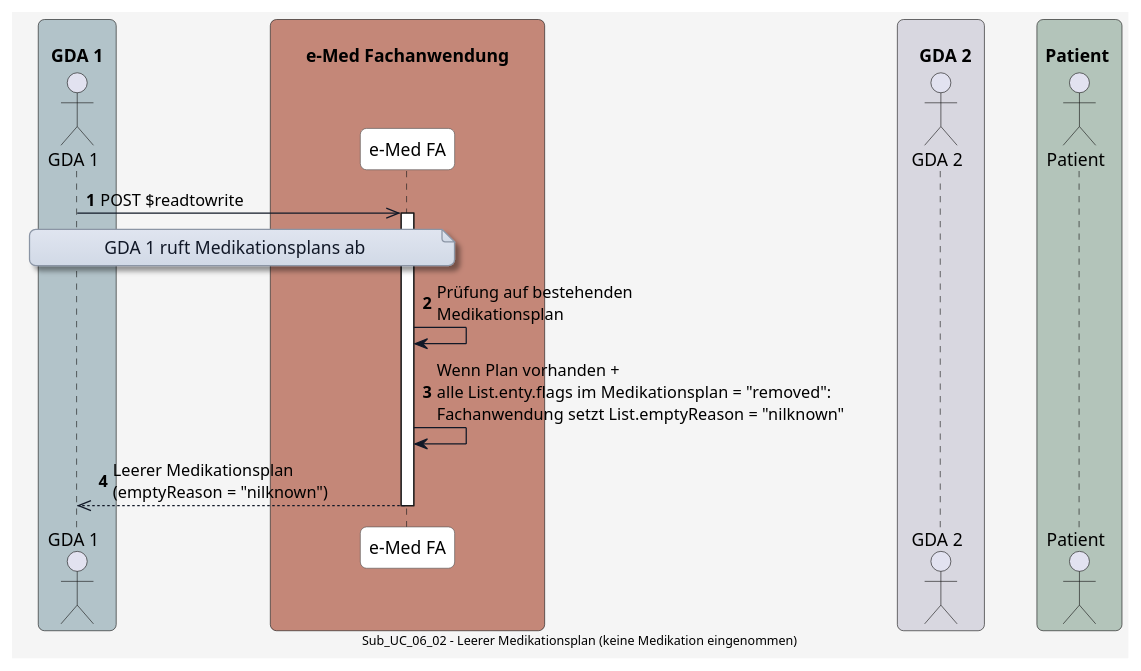
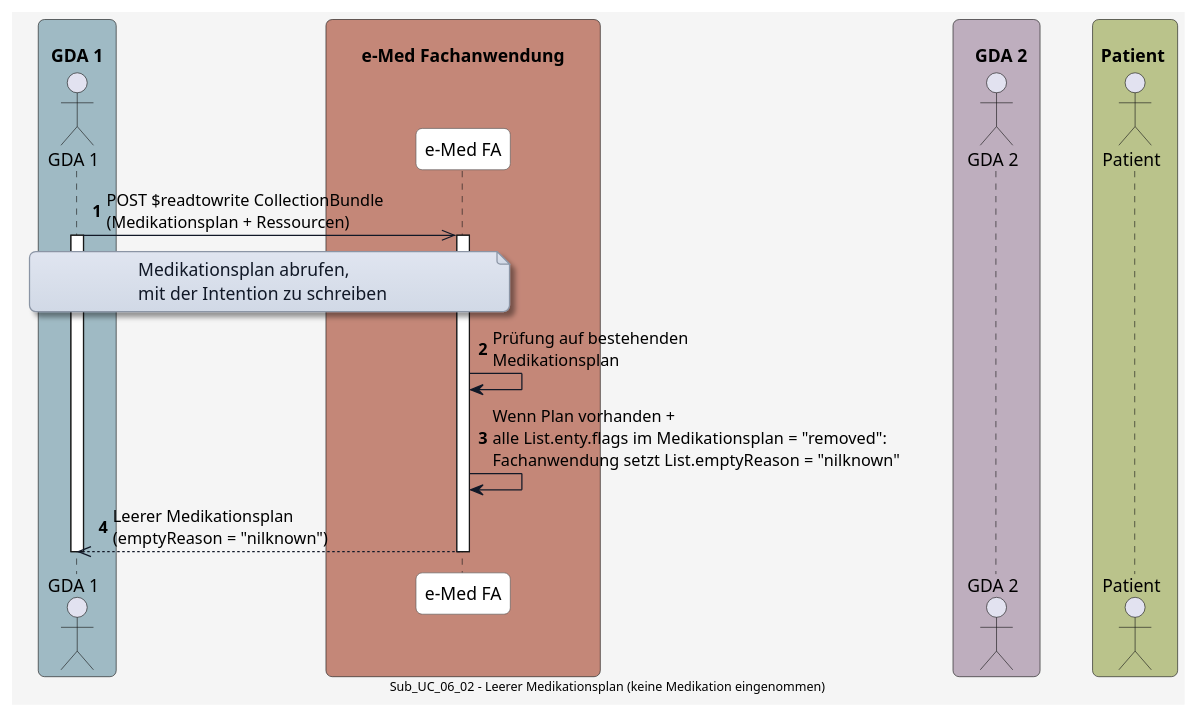
Before and after one commit to HL7Austria/ELGA-e-Medikation-R4: the diagram in input/images-source/UC_06_02.plantuml, drawn with PlantUML. The commit also changed 13 other files, not shown here.

```diff
--- a/input/images-source/UC_06_02.plantuml
+++ b/input/images-source/UC_06_02.plantuml
@@ -1,78 +1,80 @@
 @startuml
 skinparam borderColor #000000
 skinparam backgroundColor #f5f5f5
 skinparam shadowing false
 skinparam roundCorner 10
 skinparam defaultFontName "Arial"
 skinparam defaultFontSize 14
 skinparam defaultFontColor #000000
 
 skinparam note {
   BackgroundColor #e0e5f0-#d1d9e6
   BorderColor #8b95a5
   BorderThickness 1
   RoundCorner 8
   Padding 6
   FontColor #111827
   Shadowing true
 }
 
 skinparam HyperlinkColor #0000EE
 skinparam HyperlinkUnderline false
 
 skinparam sequence {
   ParticipantBorderColor #555555
   ParticipantBackgroundColor #ffffff
   ParticipantFontColor #000000
   ParticipantFontSize 14
   ParticipantPadding 20
   ArrowColor #111827
   ArrowThickness 1
   ArrowFontColor #000000
   ArrowFontSize 13
   GroupBorderColor #111827
   GroupBackgroundColor #eef2ff
   GroupBorderThickness 2
 }
 
 skinparam BoxPadding 20
 skinparam BoxBorderColor #555555
 
-box "\n  GDA 1  " #b2c3c9
+box "\n  GDA 1  " #9fbac4
   actor GDA_1 as "GDA 1"
 end box
 
 box "\n       e-Med Fachanwendung       " #C48778
   participant eMed_FA as "e-Med FA"
 end box
 
-box "\n    GDA 2  " #D8D7E0
+box "\n    GDA 2  " #beaebe
   actor GDA_2 as "GDA 2"
 end box
 
-box "\n Patient  " #b3c4ba
+box "\n Patient  " #bac38b
   actor Patient as "Patient"
 end box
 
 
 autonumber
 
-GDA_1 ->> eMed_FA: POST $readtowrite
+GDA_1 ->> eMed_FA: POST $readtowrite CollectionBundle\n(Medikationsplan + Ressourcen)
+activate GDA_1
 
 note over GDA_1, eMed_FA
-GDA 1 ruft Medikationsplans ab
+Medikationsplan abrufen,
+mit der Intention zu schreiben
 end note
 
 activate eMed_FA
 eMed_FA -> eMed_FA: Prüfung auf bestehenden\nMedikationsplan
 
 eMed_FA -> eMed_FA: Wenn Plan vorhanden +\nalle List.enty.flags im Medikationsplan = "removed":\nFachanwendung setzt List.emptyReason = "nilknown"
 
 eMed_FA -->> GDA_1: Leerer Medikationsplan\n(emptyReason = "nilknown")
 
 deactivate eMed_FA
-
+deactivate GDA_1
 
 center footer Sub_UC_06_02 - Leerer Medikationsplan (keine Medikation eingenommen)
 
 @enduml
```
